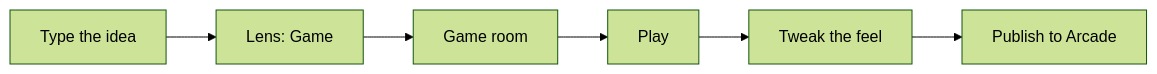
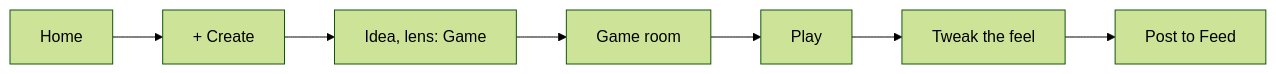
One commit to Pukujan/swarm-studio changed diagram 19 of 22 in docs/ux/SITEMAP.md. Above: the diagram before and after it, drawn with Mermaid (forest theme). The commit also changed other lines of this file and 4 other files, not shown here.

````diff
--- a/docs/ux/SITEMAP.md
+++ b/docs/ux/SITEMAP.md
@@ -407,4 +428,4 @@
 ```mermaid
 flowchart LR
-  d1[Type the idea] --> d2["Lens: Game"] --> d3[Game room] --> d4[Play] --> d5[Tweak the feel] --> d6[Publish to Arcade]
+  d0[Home] --> d1["+ Create"] --> d2["Idea, lens: Game"] --> d3[Game room] --> d4[Play] --> d5[Tweak the feel] --> d6[Post to Feed]
 ```
````
